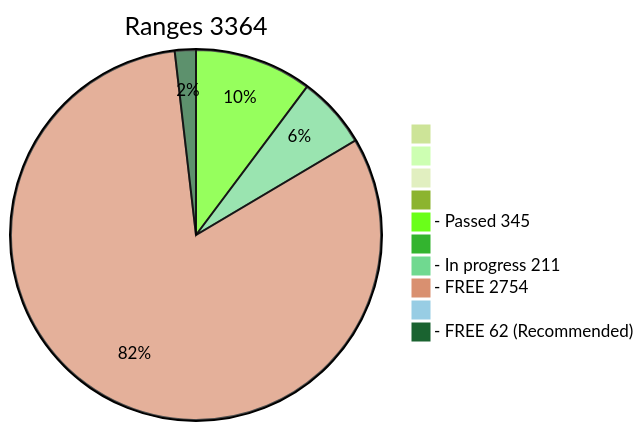
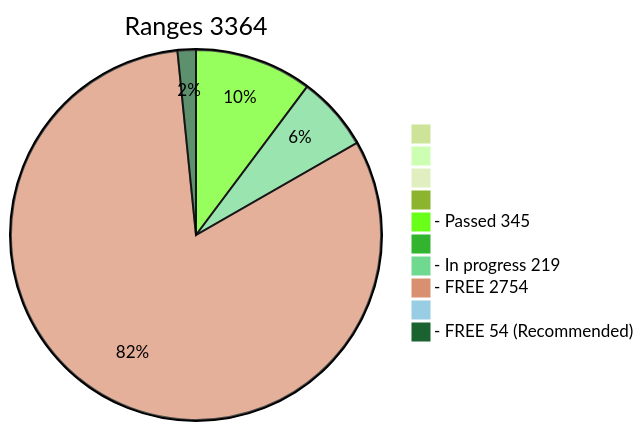
Before and after one commit to phrutis/wif500: the diagram in x64/Release/table.md, drawn with Mermaid (forest theme). The commit also changed other lines of this file, not shown here.

````diff
--- a/x64/Release/table.md
+++ b/x64/Release/table.md
@@ -2,13 +2,13 @@
 ```mermaid
 pie title Ranges 3364
   " " : 0
   "  " : 0
   "   " : 0
   "    " : 0
   "- Passed 345" : 345
   "     " : 0
-  "- In progress 211" : 211
+  "- In progress 219" : 219
   "- FREE 2754" : 2754
   "      " : 0
-  "- FREE 62 (Recommended)" : 62
+  "- FREE 54 (Recommended)" : 54
 ```
````
